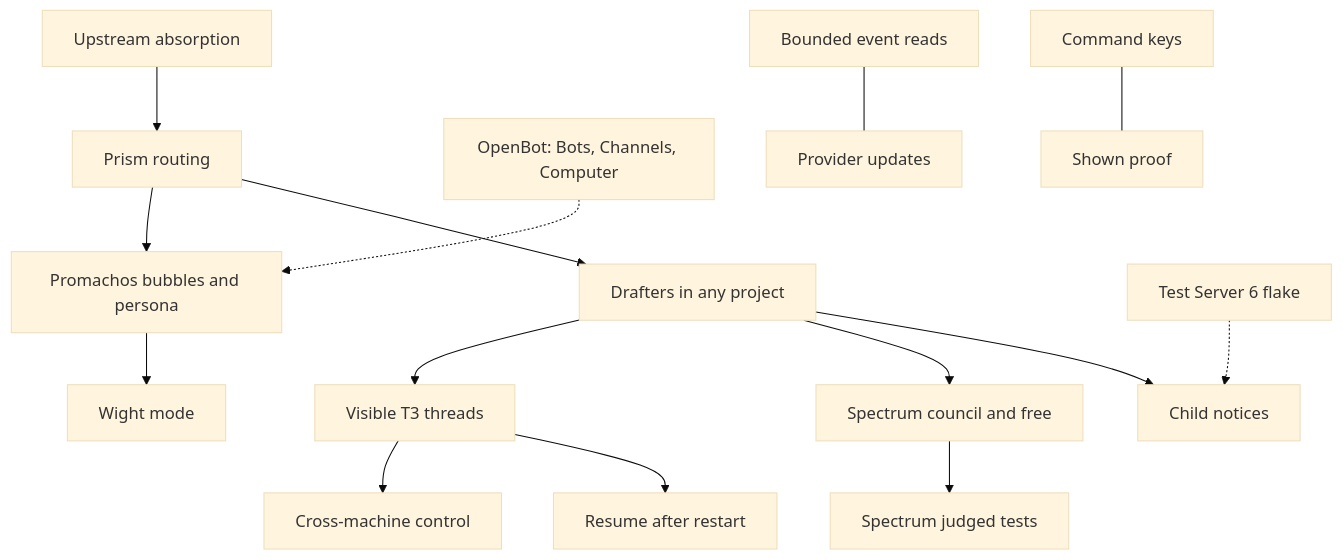
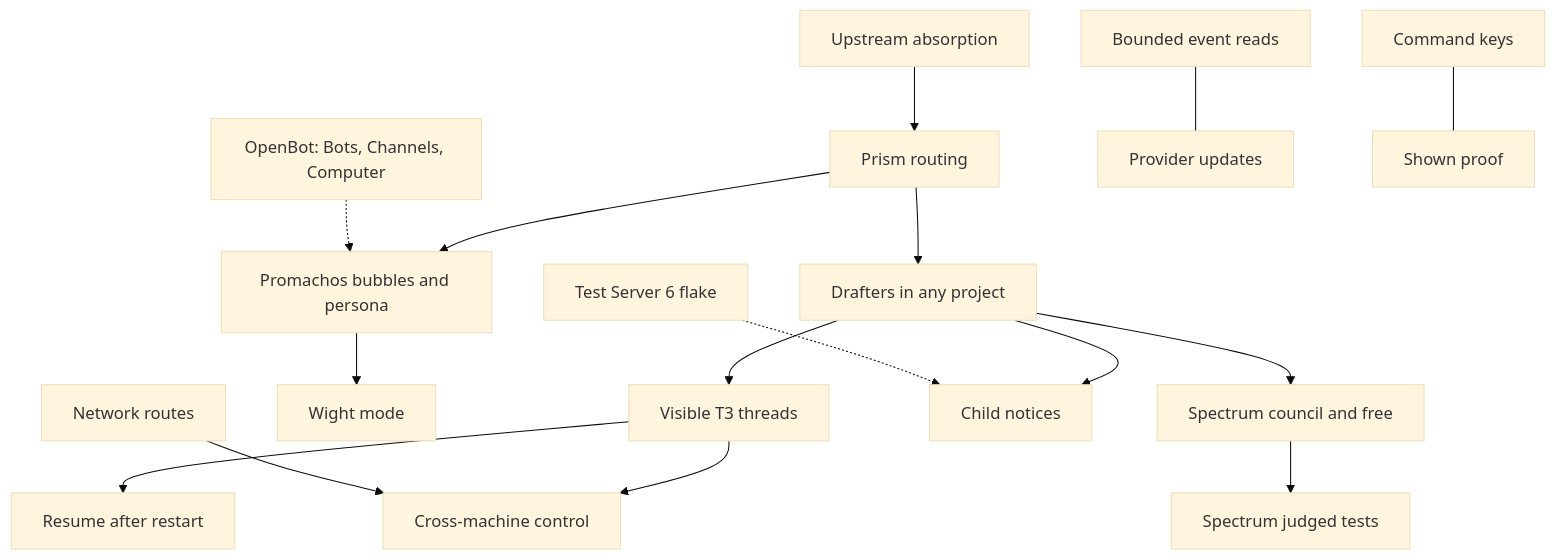
The diagram in docs/map.md (toolboxmd/chromeria), drawn with Mermaid (base theme) before and after one commit. The commit also changed other lines of this file and 1 other file, not shown here.

Commit message:
wip: carry current feature map and proof PR reference

````diff
--- a/docs/map.md
+++ b/docs/map.md
@@ -13,48 +13,51 @@
 ```mermaid
 flowchart TD
     PZ["Prism routing"]
     %% PZ: #92
     VT["Visible T3 threads"]
     %% VT: #10
     PM["Promachos bubbles and persona"]
     %% PM: #116
     WG["Wight mode"]
     %% WG: #117
     DR["Drafters in any project"]
     %% DR: #114 PR #126
     SC["Spectrum council and free"]
     %% SC: #118
     JT["Spectrum judged tests"]
     %% JT: #119
     OB["OpenBot: Bots, Channels, Computer"]
     %% OB: context
     UA["Upstream absorption"]
-    %% UA: #166
+    %% UA: #166 PR #291
     BR["Bounded event reads"]
     %% BR: #256 PR #267
     PU["Provider updates"]
     %% PU: #263 PR #272
     RS["Resume after restart"]
     %% RS: #264
     SN["Child notices"]
     %% SN: #269 PR #279
     CK["Command keys"]
     %% CK: #232 PR #243
     SP["Shown proof"]
     %% SP: #245
     TF["Test Server 6 flake"]
     %% TF: #259 PR #278
     XM["Cross-machine control"]
-    %% XM: #164
+    %% XM: #164 PR #290
+    NR["Network routes"]
+    %% NR: #292
 
     PZ --> PM --> WG
     PZ --> DR --> VT --> XM
+    NR --> XM
     DR --> SC --> JT
     DR --> SN
     VT --> RS
     OB -.-> PM
     UA --> PZ
     CK --- SP
     TF -.-> SN
     BR --- PU
 ```
````
